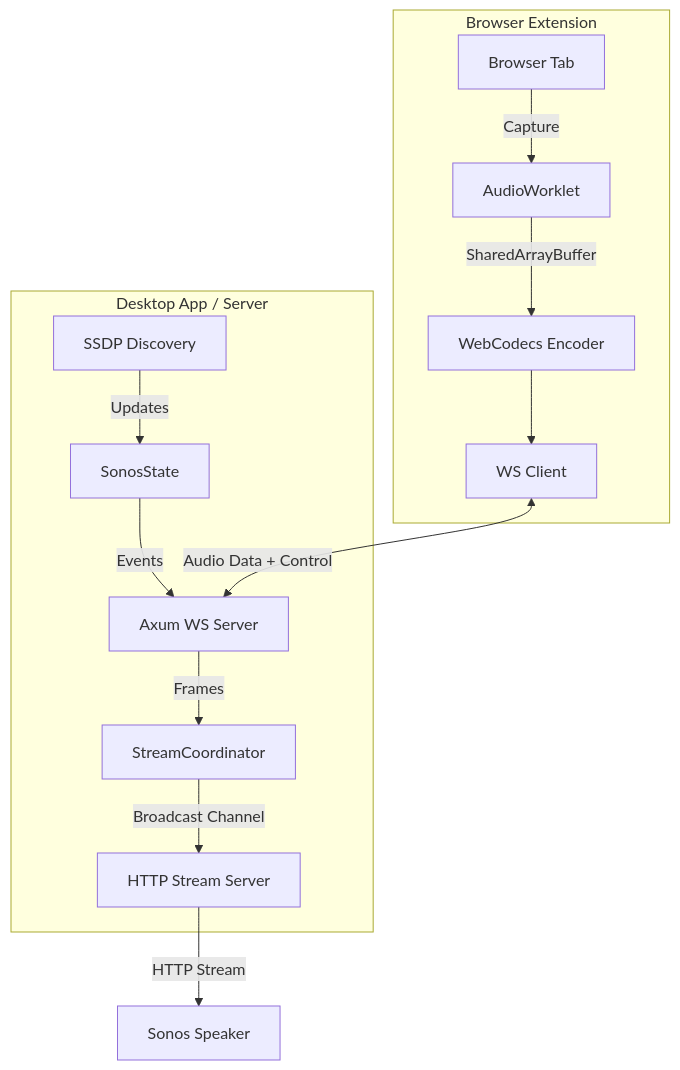
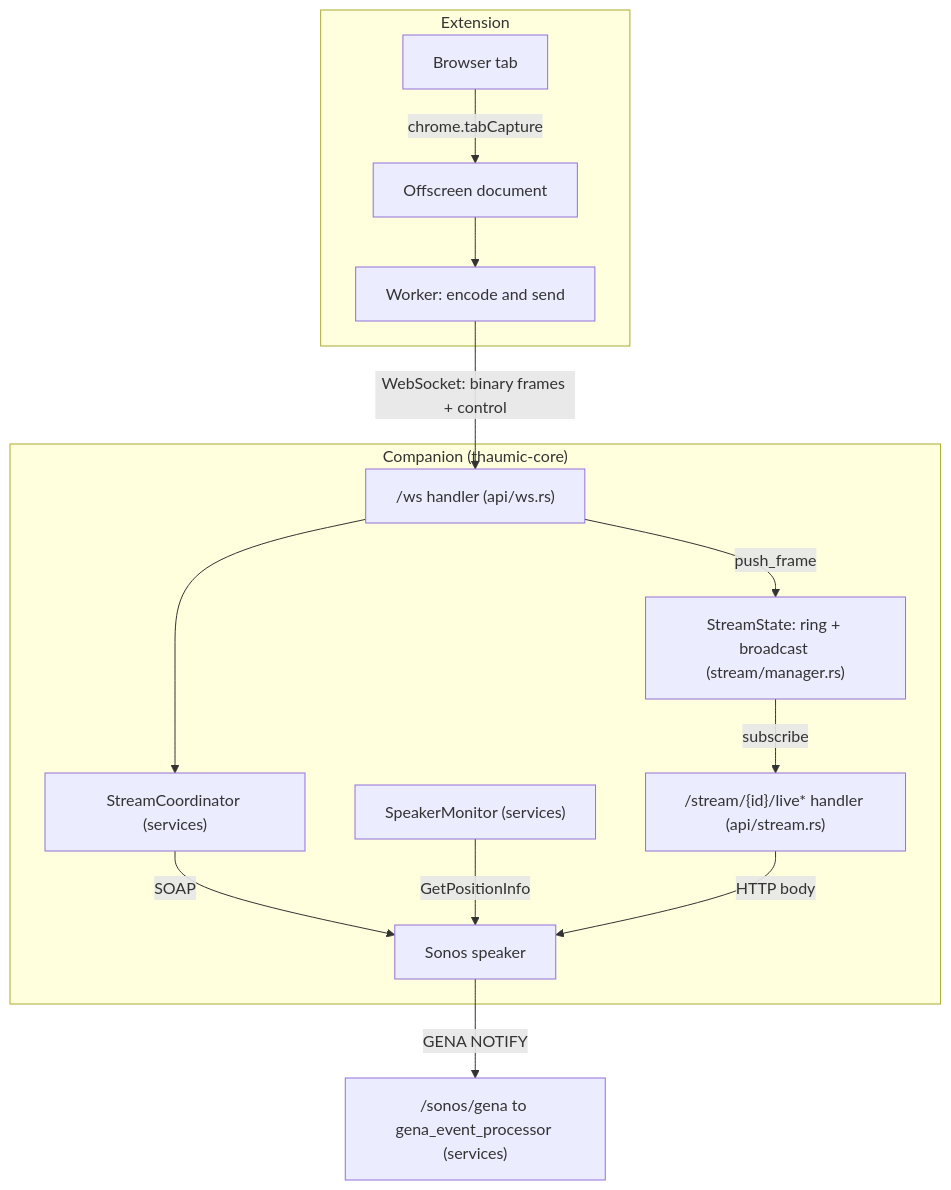
Before and after one commit to brew-lab/thaumic-cast: the diagram in docs/ARCHITECTURE.md, drawn with Mermaid. The commit also changed other lines of this file, not shown here.

First line of the commit message:
docs: rewrite the architecture overview to match the code

````diff
--- a/docs/ARCHITECTURE.md
+++ b/docs/ARCHITECTURE.md
@@ -15,18 +31,19 @@
 ```mermaid
 graph TD
-    subgraph Browser Extension
-        Tab[Browser Tab] -->|Capture| AudioWorklet
-        AudioWorklet -->|SharedArrayBuffer| Encoder[WebCodecs Encoder]
-        Encoder --> WS_Client[WS Client]
+    subgraph Extension
+        Tab[Browser tab] -->|chrome.tabCapture| Offscreen[Offscreen document]
+        Offscreen --> Worker[Worker: encode and send]
     end
 
-    subgraph Server["Desktop App / Server"]
-        WS_Server[Axum WS Server] -->|Frames| StreamCoordinator
-        StreamCoordinator -->|Broadcast Channel| HTTP[HTTP Stream Server]
-        Discovery[SSDP Discovery] -->|Updates| SonosState
-        SonosState -->|Events| WS_Server
+    subgraph Companion["Companion (thaumic-core)"]
+        WS["/ws handler (api/ws.rs)"] -->|push_frame| State["StreamState: ring + broadcast (stream/manager.rs)"]
+        State -->|subscribe| HTTP["/stream/{id}/live* handler (api/stream.rs)"]
+        Coordinator["StreamCoordinator (services)"] -->|SOAP| Speaker
+        Monitor["SpeakerMonitor (services)"] -->|GetPositionInfo| Speaker
     end
 
-    WS_Client <-->|Audio Data + Control| WS_Server
-    HTTP -->|HTTP Stream| Speaker[Sonos Speaker]
+    Worker -->|WebSocket: binary frames + control| WS
+    WS --> Coordinator
+    HTTP -->|HTTP body| Speaker[Sonos speaker]
+    Speaker -->|GENA NOTIFY| Gena["/sonos/gena to gena_event_processor (services)"]
 ```
````
